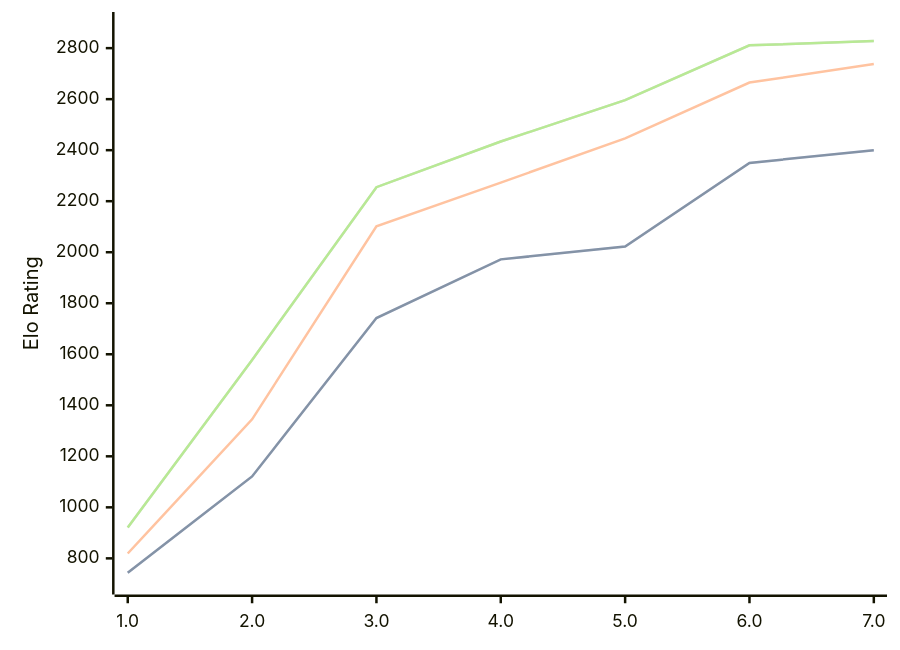
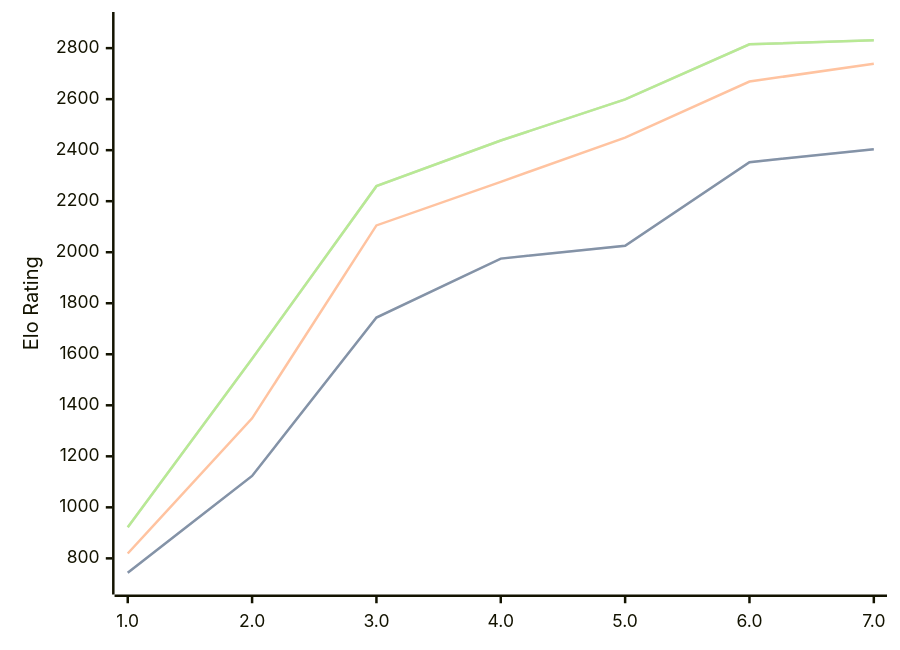
The diagram in engines/Pea.md (computer-chess-index/cci), drawn with Mermaid before and after one commit. The commit also changed other lines of this file, not shown here.

Commit message:
Update CCI Ratings (ELO VLTC) - 2026-04-30

````diff
--- a/engines/Pea.md
+++ b/engines/Pea.md
@@ -37,11 +37,11 @@
 ```mermaid
 %%{init: {"theme":"base","themeVariables":{"seriesColors:['#a3a3a3','#222221','#faa371']}}}%%
 xychart-beta
   x-axis ["1.0", "2.0", "3.0", "4.0", "5.0", "6.0", "7.0"]
   y-axis "Elo Rating" 700 --> 2900
-  line "STC (8.0+0.08s)" [744, 1121, 1742, 1972, 2022, 2350, 2400]
-  line "STC (8.0+0.08s)" [744, 1121, 1742, 1972, 2022, 2350, 2400]
-  line "LTC (60.0+0.60s)" [819, 1345, 2102, 2273, 2446, 2665, 2738]
-  line "VLTC (2m24s+1.12s)" [921, 1578, 2255, 2434, 2596, 2811, 2828]
-  line "VLTC (2m24s+1.12s)" [921, 1578, 2255, 2434, 2596, 2811, 2828]
+  line "STC (8.0+0.08s)" [744, 1123, 1744, 1975, 2025, 2353, 2404]
+  line "STC (8.0+0.08s)" [744, 1123, 1744, 1975, 2025, 2353, 2404]
+  line "LTC (60.0+0.60s)" [819, 1349, 2105, 2276, 2449, 2669, 2739]
+  line "VLTC (2m24s+1.12s)" [922, 1582, 2259, 2438, 2599, 2815, 2831]
+  line "VLTC (2m24s+1.12s)" [922, 1582, 2259, 2438, 2599, 2815, 2831]
 ```
````
